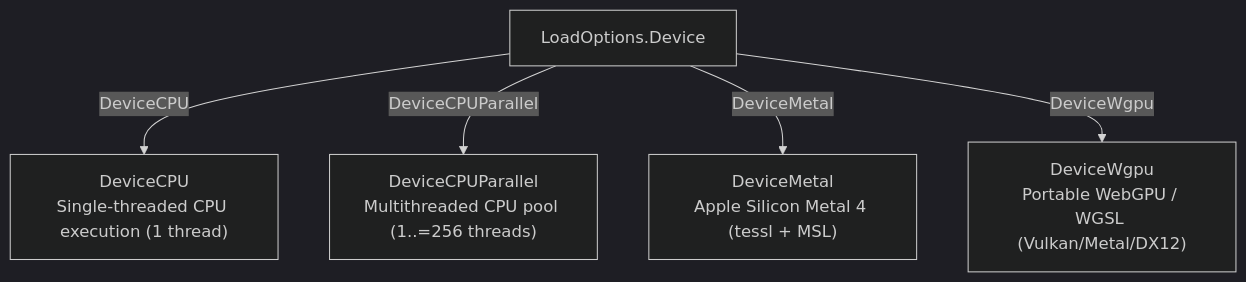
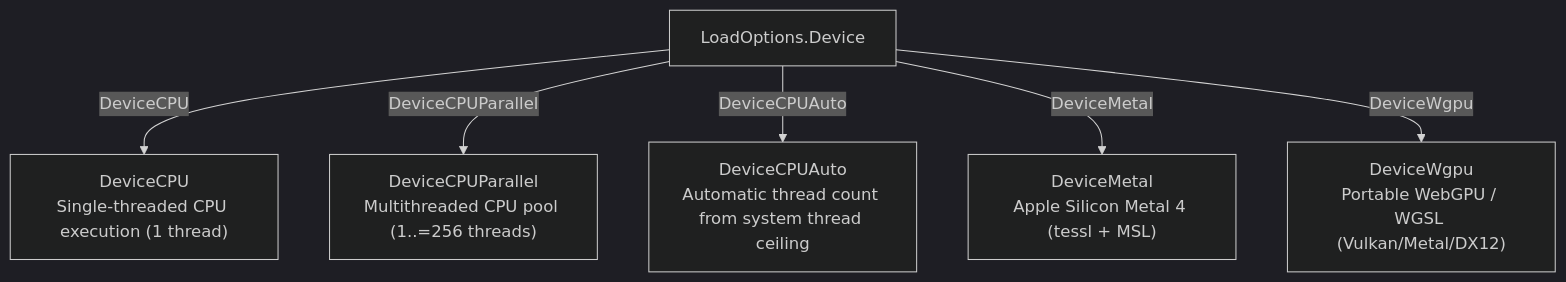
One commit to bharathvbcr/ojas changed the second of 2 diagrams in go/README.md. Above: the diagram before and after it, drawn with Mermaid (dark theme). The commit also changed other lines of this file and 93 other files, not shown here.

````diff
--- a/go/README.md
+++ b/go/README.md
@@ -142,9 +143,10 @@
 ```mermaid
 flowchart TD
     DeviceEnum["LoadOptions.Device"]
 
     DeviceEnum -->|DeviceCPU| D0["DeviceCPU\nSingle-threaded CPU execution (1 thread)"]
     DeviceEnum -->|DeviceCPUParallel| D1["DeviceCPUParallel\nMultithreaded CPU pool (1..=256 threads)"]
+    DeviceEnum -->|DeviceCPUAuto| D4["DeviceCPUAuto\nAutomatic thread count from system thread ceiling"]
     DeviceEnum -->|DeviceMetal| D2["DeviceMetal\nApple Silicon Metal 4 (tessl + MSL)"]
     DeviceEnum -->|DeviceWgpu| D3["DeviceWgpu\nPortable WebGPU / WGSL (Vulkan/Metal/DX12)"]
 ```
````
